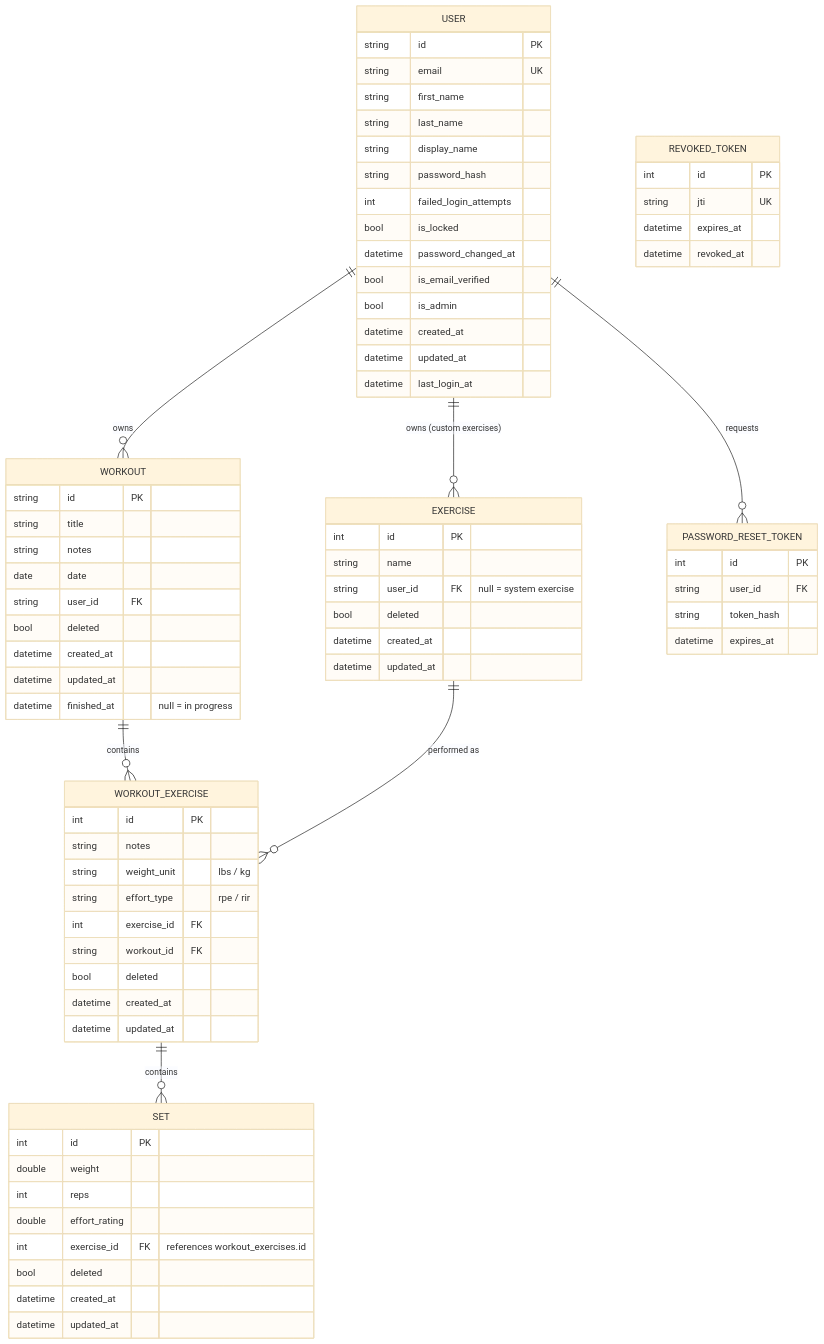
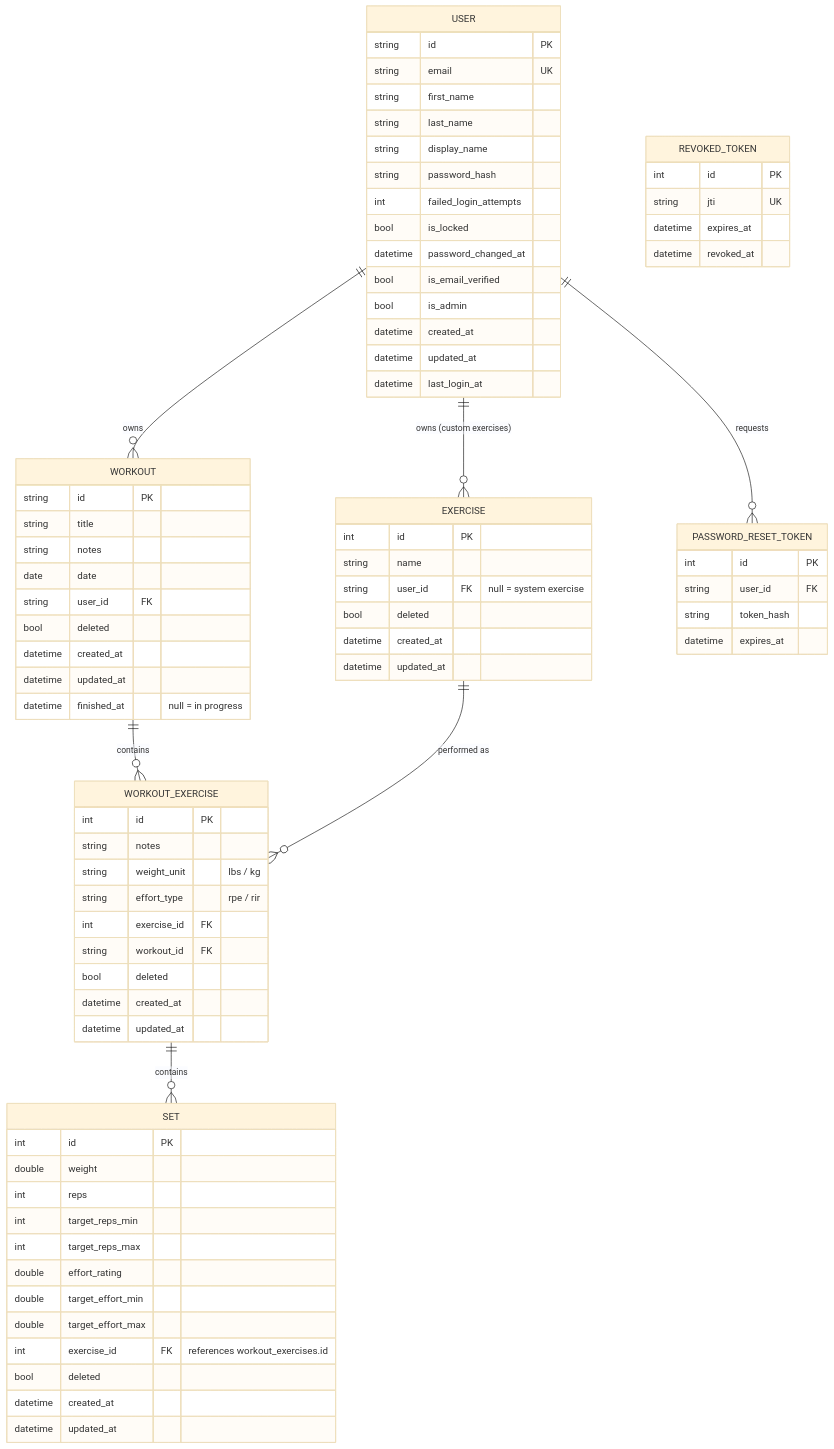
Before and after one commit to tylersocholotuik/workout-log-app: the diagram in docs/database-design.md, drawn with Mermaid (base theme). The commit also changed other lines of this file and 25 other files, not shown here.

First line of the commit message:
feat: add support for setting target reps and effort for each set (#64)

```diff
--- a/docs/database-design.md
+++ b/docs/database-design.md
@@ -99,7 +99,11 @@
         int id PK
         double weight
         int reps
+        int target_reps_min
+        int target_reps_max
         double effort_rating
+        double target_effort_min
+        double target_effort_max
         int exercise_id FK "references workout_exercises.id"
         bool deleted
         datetime created_at
```
